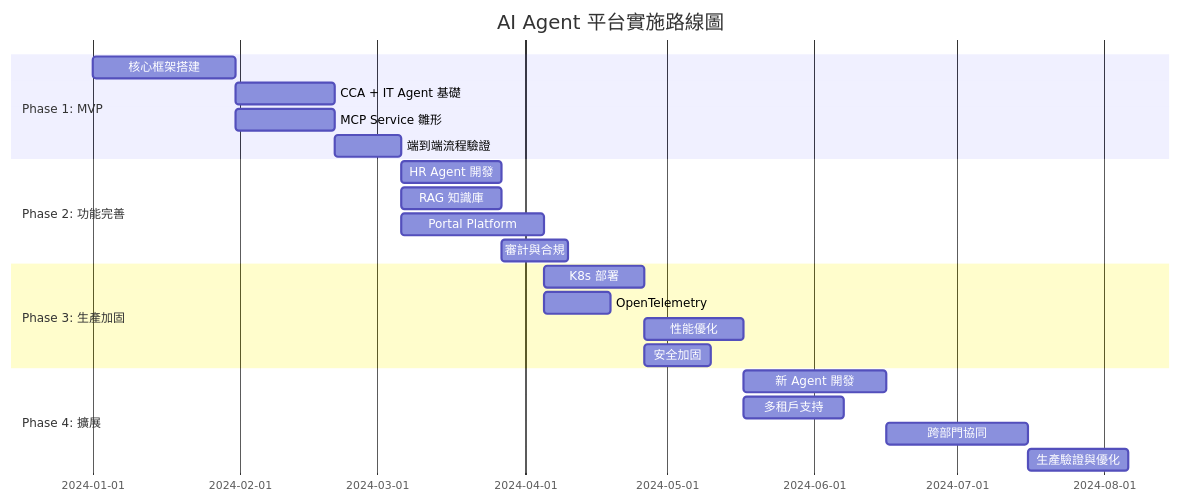
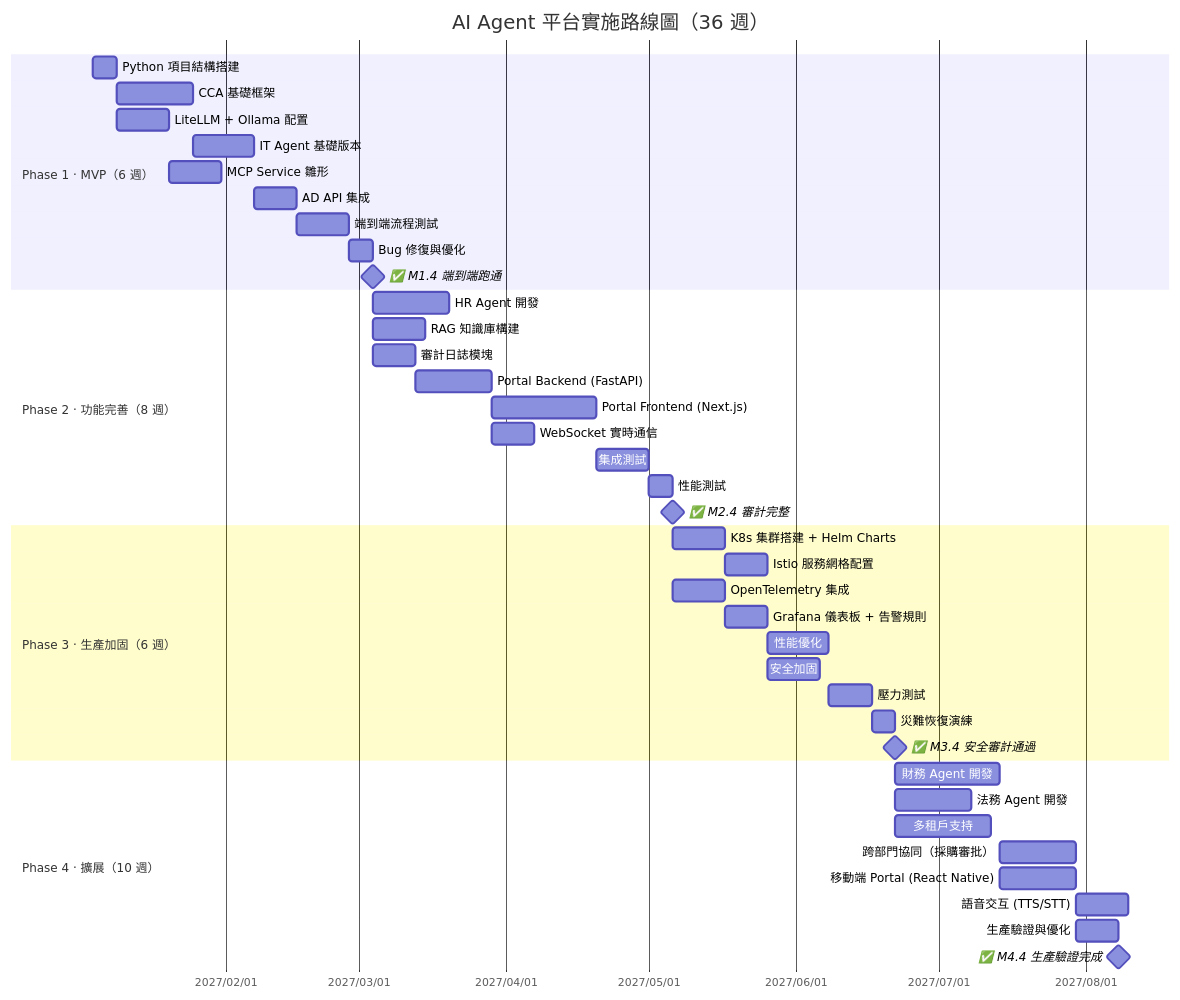
Before and after one commit to ponian/aiebok: the first of 5 diagrams in book/chapter-11.md, drawn with Mermaid. The commit also changed other lines of this file and 4 other files, not shown here.

First line of the commit message:
book: fix outdated refs, expand Gantt, fix cross-refs, add glossary terms

````diff
--- a/book/chapter-11.md
+++ b/book/chapter-11.md
@@ -13,28 +13,49 @@
 ```mermaid
 gantt
-    title AI Agent 平台實施路線圖
+    title AI Agent 平台實施路線圖（36 週）
     dateFormat  YYYY-MM-DD
-    section Phase 1: MVP
-    核心框架搭建           :a1, 2024-01-01, 30d
-    CCA + IT Agent 基礎    :a2, after a1, 21d
-    MCP Service 雛形       :a3, after a1, 21d
-    端到端流程驗證          :a4, after a2, 14d
+    axisFormat  %Y/%m/%d
 
-    section Phase 2: 功能完善
-    HR Agent 開發          :b1, after a4, 21d
-    RAG 知識庫             :b2, after a4, 21d
-    Portal Platform        :b3, after a4, 30d
-    審計與合規              :b4, after b1, 14d
+    section Phase 1 · MVP（6 週）
+    Python 項目結構搭建         :a0, 2027-01-04, 5d
+    CCA 基礎框架               :a1, after a0, 16d
+    LiteLLM + Ollama 配置       :a2, after a0, 11d
+    IT Agent 基礎版本           :a3, after a1, 13d
+    MCP Service 雛形           :a4, after a2, 11d
+    AD API 集成                :a5, after a3, 9d
+    端到端流程測試              :a6, after a5, 11d
+    Bug 修復與優化              :a7, after a6, 5d
+    ✅ M1.4 端到端跑通          :milestone, after a7, 0d
 
-    section Phase 3: 生產加固
-    K8s 部署               :c1, after b3, 21d
-    OpenTelemetry          :c2, after b3, 14d
-    性能優化                :c3, after c1, 21d
-    安全加固                :c4, after c1, 14d
+    section Phase 2 · 功能完善（8 週）
+    HR Agent 開發               :b1, after a7, 16d
+    RAG 知識庫構建              :b2, after a7, 11d
+    審計日誌模塊                :b3, after a7, 9d
+    Portal Backend (FastAPI)    :b4, after b3, 16d
+    Portal Frontend (Next.js)   :b5, after b4, 22d
+    WebSocket 實時通信          :b6, after b4, 9d
+    集成測試                    :b7, after b5, 11d
+    性能測試                    :b8, after b7, 5d
+    ✅ M2.4 審計完整            :milestone, after b8, 0d
 
-    section Phase 4: 擴展
-    新 Agent 開發           :d1, after c3, 30d
-    多租戶支持              :d2, after c3, 21d
-    跨部門協同              :d3, after d1, 30d
-    生產驗證與優化          :d4, after d3, 21d
+    section Phase 3 · 生產加固（6 週）
+    K8s 集群搭建 + Helm Charts   :c1, after b8, 11d
+    Istio 服務網格配置           :c2, after c1, 9d
+    OpenTelemetry 集成           :c3, after b8, 11d
+    Grafana 儀表板 + 告警規則     :c4, after c3, 9d
+    性能優化                     :c5, after c2, 13d
+    安全加固                     :c6, after c2, 11d
+    壓力測試                     :c7, after c5, 9d
+    災難恢復演練                 :c8, after c7, 5d
+    ✅ M3.4 安全審計通過         :milestone, after c8, 0d
+
+    section Phase 4 · 擴展（10 週）
+    財務 Agent 開發              :d1, after c8, 22d
+    法務 Agent 開發              :d2, after c8, 16d
+    多租戶支持                   :d3, after c8, 20d
+    跨部門協同（採購審批）        :d4, after d1, 16d
+    移動端 Portal (React Native)  :d5, after d1, 16d
+    語音交互 (TTS/STT)           :d6, after d5, 11d
+    生產驗證與優化               :d7, after d4, 9d
+    ✅ M4.4 生產驗證完成         :milestone, after d7, 0d
 ```
````
